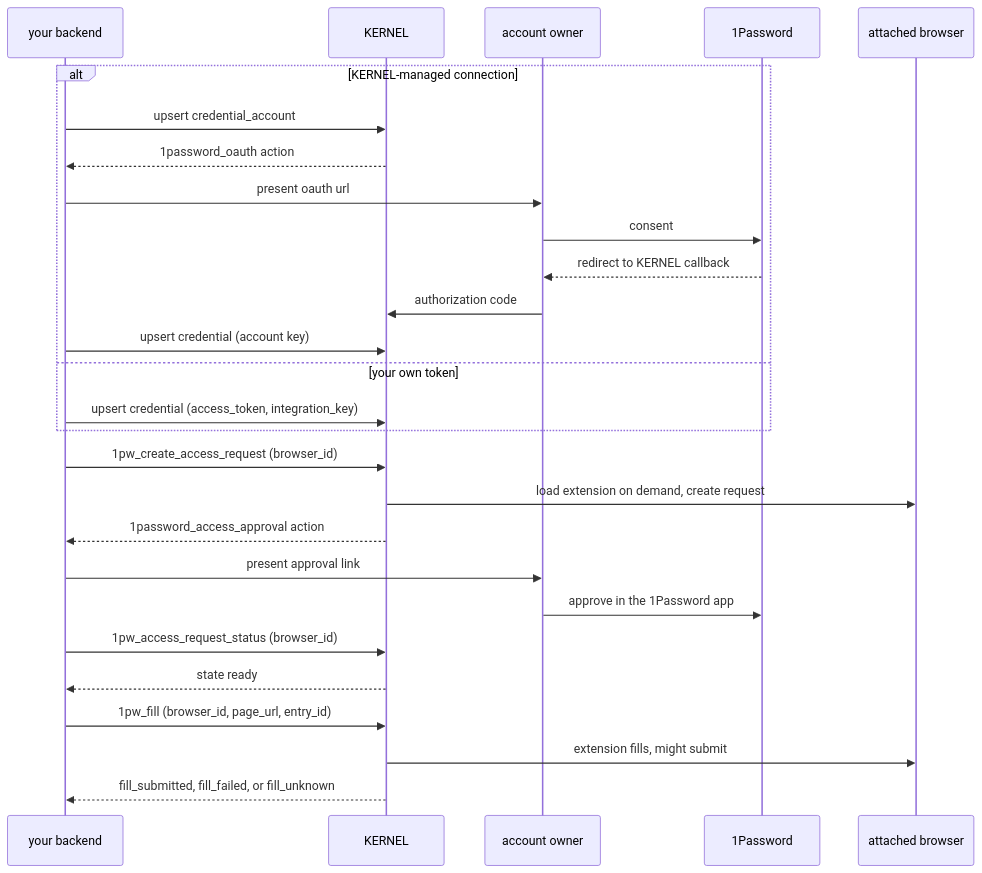
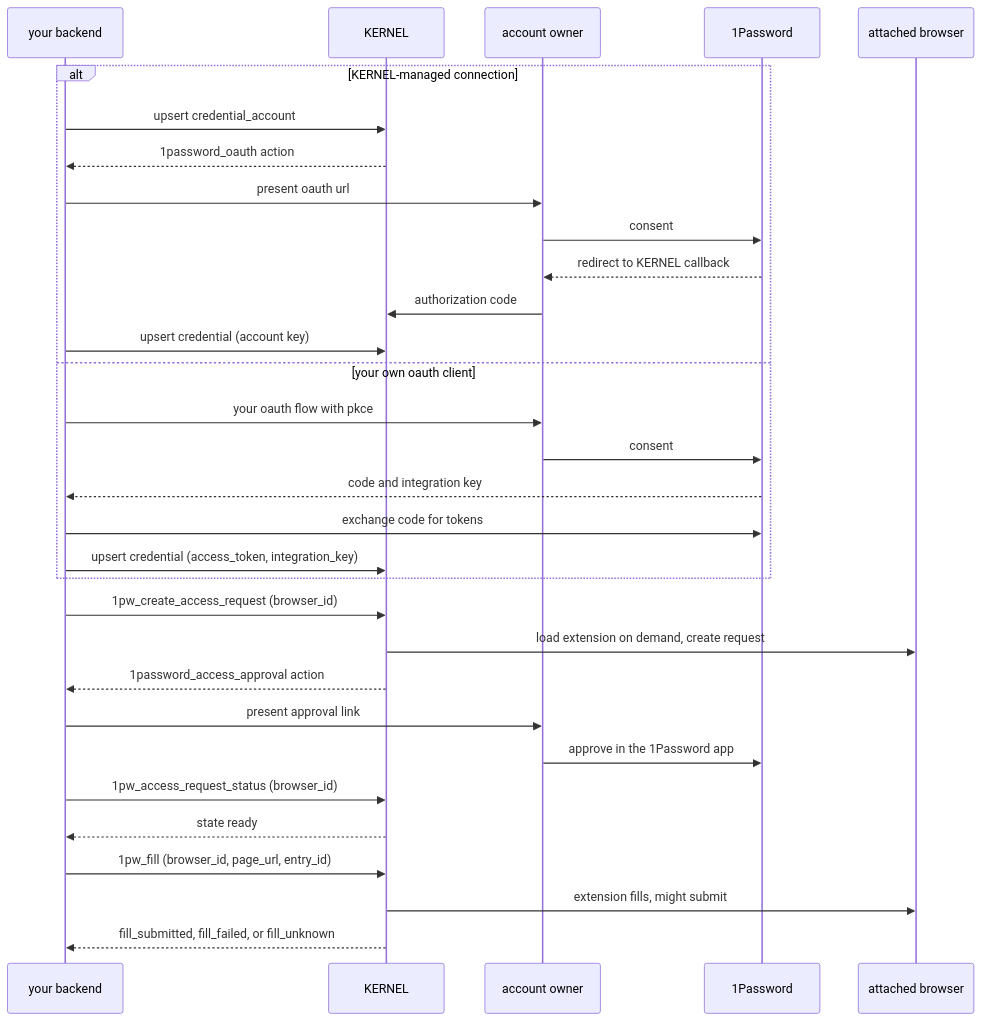
Before and after one commit to kernel/docs: the diagram in vaults/1password.mdx, drawn with Mermaid. The commit also changed other lines of this file, not shown here.

Commit message:
Frame 1Password docs around KERNEL-managed and your own OAuth client

````diff
--- a/vaults/1password.mdx
+++ b/vaults/1password.mdx
@@ -84,29 +133,33 @@
 ```mermaid
 sequenceDiagram
   participant App as your backend
   participant K as KERNEL
   participant U as account owner
   participant OP as 1Password
   participant B as attached browser
   alt KERNEL-managed connection
     App->>K: upsert credential_account
     K-->>App: 1password_oauth action
     App->>U: present oauth url
     U->>OP: consent
     OP-->>U: redirect to KERNEL callback
     U->>K: authorization code
     App->>K: upsert credential (account key)
-  else your own token
+  else your own oauth client
+    App->>U: your oauth flow with pkce
+    U->>OP: consent
+    OP-->>App: code and integration key
+    App->>OP: exchange code for tokens
     App->>K: upsert credential (access_token, integration_key)
   end
   App->>K: 1pw_create_access_request (browser_id)
   K->>B: load extension on demand, create request
   K-->>App: 1password_access_approval action
   App->>U: present approval link
   U->>OP: approve in the 1Password app
   App->>K: 1pw_access_request_status (browser_id)
   K-->>App: state ready
   App->>K: 1pw_fill (browser_id, page_url, entry_id)
   K->>B: extension fills, might submit
   K-->>App: fill_submitted, fill_failed, or fill_unknown
 ```
````
